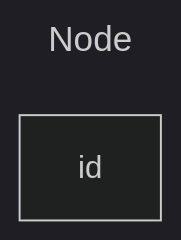
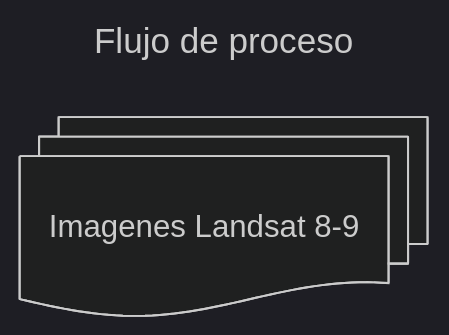
One commit to vshalisko/mixed_GIS_related_scripts changed the diagram in LULC/Tapalpa_flujo_de_proceso.mermaid. Above: the diagram before and after it, drawn with Mermaid (dark theme).

```diff
--- a/LULC/Tapalpa_flujo_de_proceso.mermaid
+++ b/LULC/Tapalpa_flujo_de_proceso.mermaid
@@ -1,5 +1,5 @@
 ---
-title: Node
+title: Flujo de proceso
 ---
 flowchart LR
-    id
+    C@{ shape: docs, label: "Imagenes Landsat 8-9"}
```
